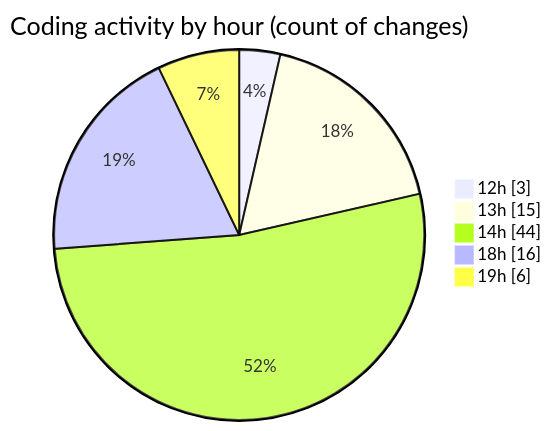
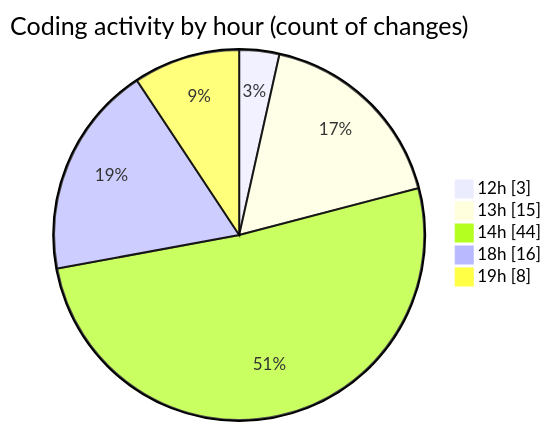
Before and after one commit to momahboobian/code-tracking: the second of 2 diagrams in 2026-02-26/car_database/README.md, drawn with Mermaid. The commit also changed other lines of this file and 1 other file, not shown here.

````diff
--- a/2026-02-26/car_database/README.md
+++ b/2026-02-26/car_database/README.md
@@ -57,9 +57,9 @@
 ```mermaid
 pie showData
 title Coding activity by hour (count of changes)
 "12h" : 3
 "13h" : 15
 "14h" : 44
 "18h" : 16
-"19h" : 6
+"19h" : 8
 ```
````
